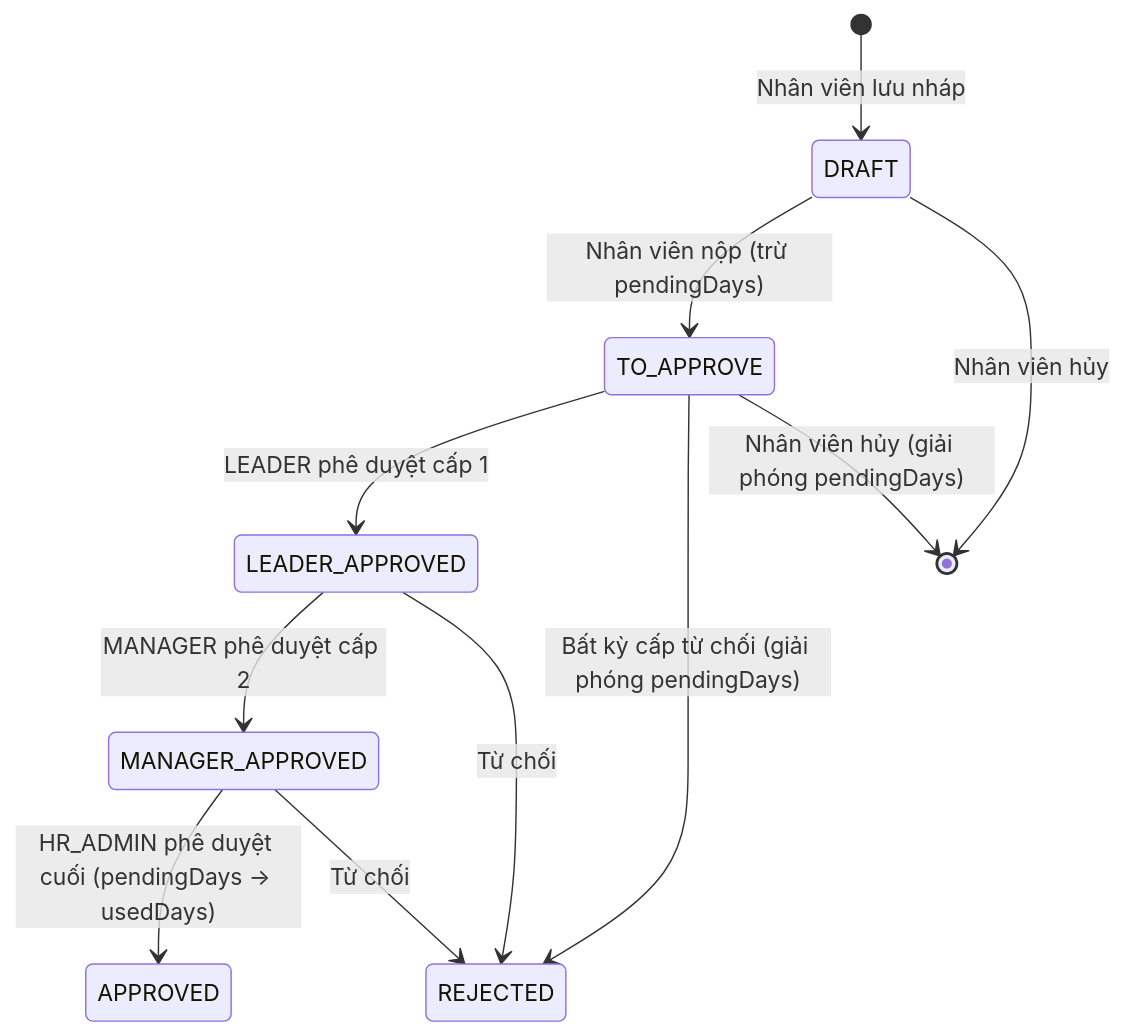
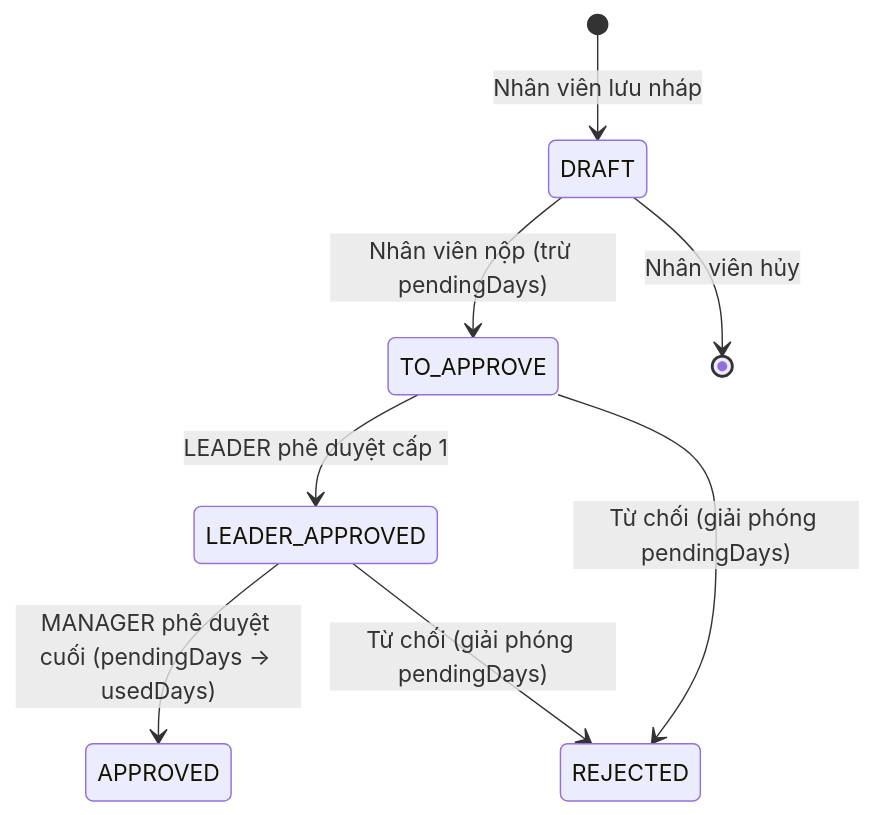
One commit to NBachTH/HRMS changed the ninth of 19 diagrams in docs/DATN_20204812_NguyenThanhBach/DATN_20204812_NguyenThanhBach.md. Above: the diagram before and after it, drawn with Mermaid. The commit also changed other lines of this file and 88 other files, not shown here.

Commit message:
fix Contract, Payroll Run flow

````diff
--- a/docs/DATN_20204812_NguyenThanhBach/DATN_20204812_NguyenThanhBach.md
+++ b/docs/DATN_20204812_NguyenThanhBach/DATN_20204812_NguyenThanhBach.md
@@ -392,13 +397,10 @@
 ```mermaid
 stateDiagram-v2
     [*] --> DRAFT : Nhân viên lưu nháp
     DRAFT --> TO_APPROVE : Nhân viên nộp (trừ pendingDays)
     DRAFT --> [*] : Nhân viên hủy
     TO_APPROVE --> LEADER_APPROVED : LEADER phê duyệt cấp 1
-    TO_APPROVE --> REJECTED : Bất kỳ cấp từ chối (giải phóng pendingDays)
-    TO_APPROVE --> [*] : Nhân viên hủy (giải phóng pendingDays)
-    LEADER_APPROVED --> MANAGER_APPROVED : MANAGER phê duyệt cấp 2
-    LEADER_APPROVED --> REJECTED : Từ chối
-    MANAGER_APPROVED --> APPROVED : HR_ADMIN phê duyệt cuối (pendingDays → usedDays)
-    MANAGER_APPROVED --> REJECTED : Từ chối
+    TO_APPROVE --> REJECTED : Từ chối (giải phóng pendingDays)
+    LEADER_APPROVED --> APPROVED : MANAGER phê duyệt cuối (pendingDays → usedDays)
+    LEADER_APPROVED --> REJECTED : Từ chối (giải phóng pendingDays)
 ```
````
